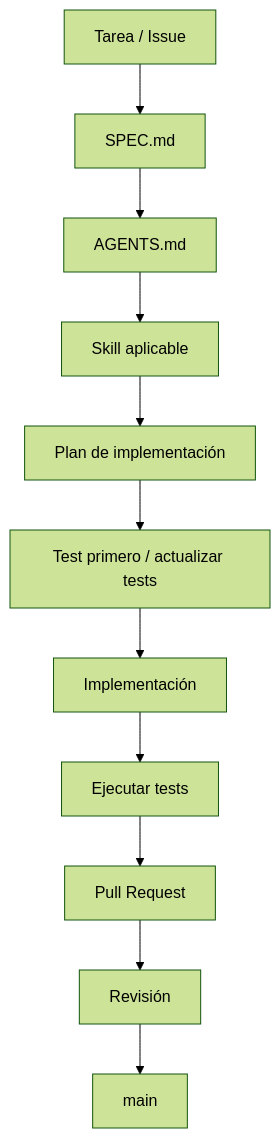
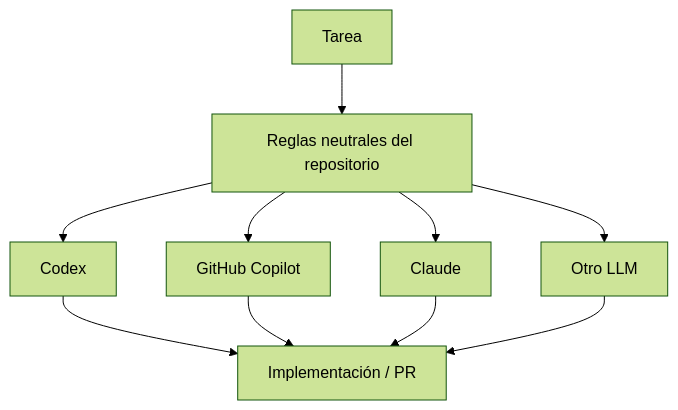
One commit to balderasalberto/eventos-sociales changed the sixth of 7 diagrams in docs/03-arquitectura.md. Above: the diagram before and after it, drawn with Mermaid (forest theme). The commit also changed other lines of this file, not shown here.

Commit message:
docs: make architecture agent-agnostic

````diff
--- a/docs/03-arquitectura.md
+++ b/docs/03-arquitectura.md
@@ -159,13 +158,13 @@
 ```mermaid
 flowchart TD
-    TASK[Tarea / Issue] --> SPEC[SPEC.md]
-    SPEC --> AG[AGENTS.md]
-    AG --> SK[Skill aplicable]
-    SK --> PLAN[Plan de implementación]
-    PLAN --> TEST[Test primero / actualizar tests]
-    TEST --> CODE[Implementación]
-    CODE --> RUN[Ejecutar tests]
-    RUN --> PR[Pull Request]
-    PR --> REVIEW[Revisión]
-    REVIEW --> MAIN[main]
+    TASK[Tarea] --> RULES[Reglas neutrales del repositorio]
+    RULES --> CODEX[Codex]
+    RULES --> COPILOT[GitHub Copilot]
+    RULES --> CLAUDE[Claude]
+    RULES --> OTHER[Otro LLM]
+
+    CODEX --> PR[Implementación / PR]
+    COPILOT --> PR
+    CLAUDE --> PR
+    OTHER --> PR
 ```
````
